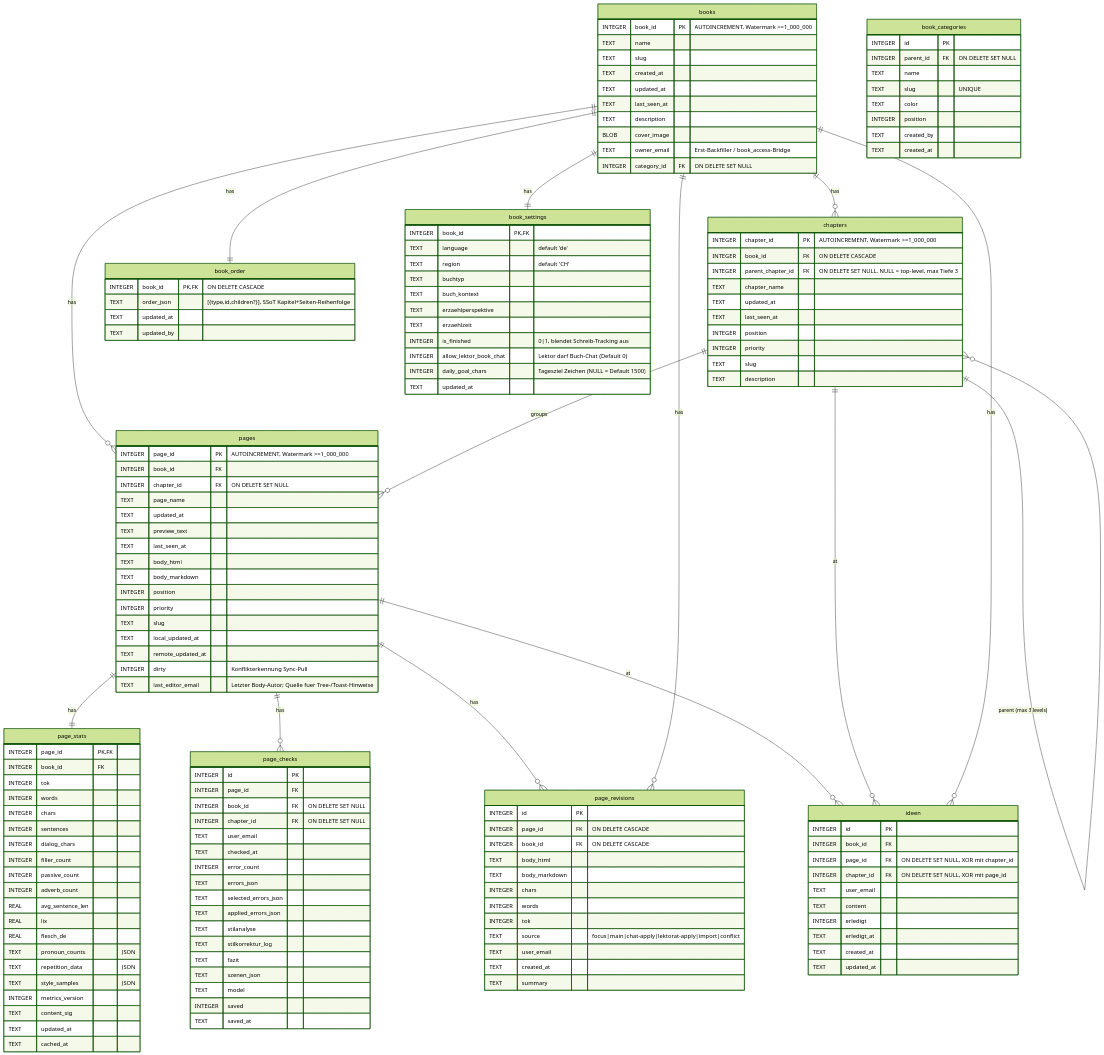
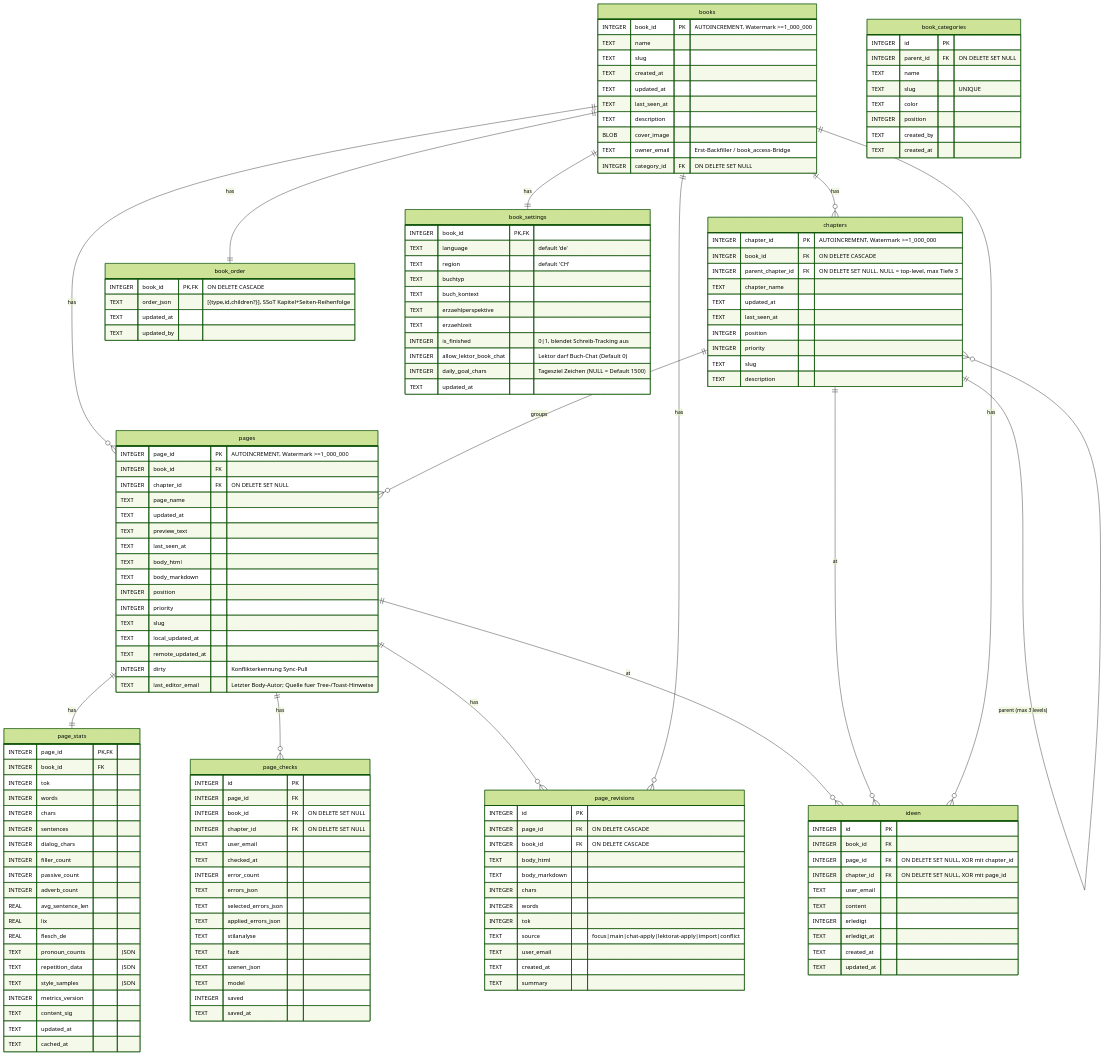
One commit to bedeberger/schreibwerkstatt changed the second of 6 diagrams in docs/erd.md. Above: the diagram before and after it, drawn with Mermaid (forest theme). The commit also changed other lines of this file and 22 other files, not shown here.

```diff
--- a/docs/erd.md
+++ b/docs/erd.md
@@ -249,7 +249,6 @@
     TEXT    selected_errors_json
     TEXT    applied_errors_json
     TEXT    stilanalyse
-    TEXT    stilkorrektur_log
     TEXT    fazit
     TEXT    szenen_json
     TEXT    model
```
